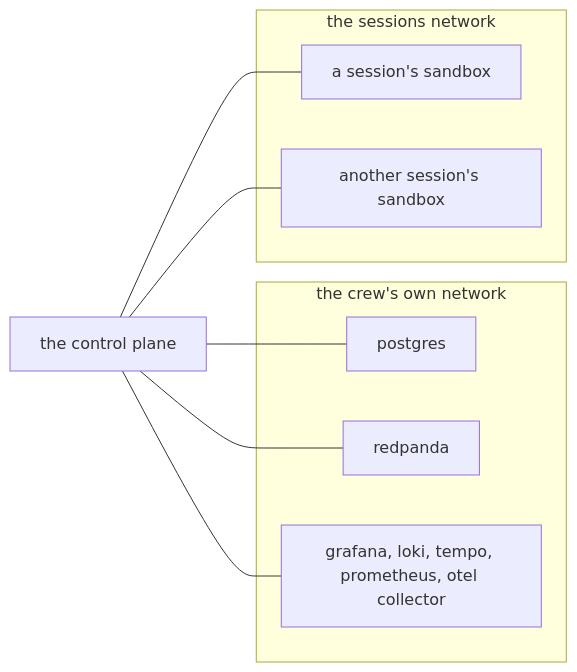
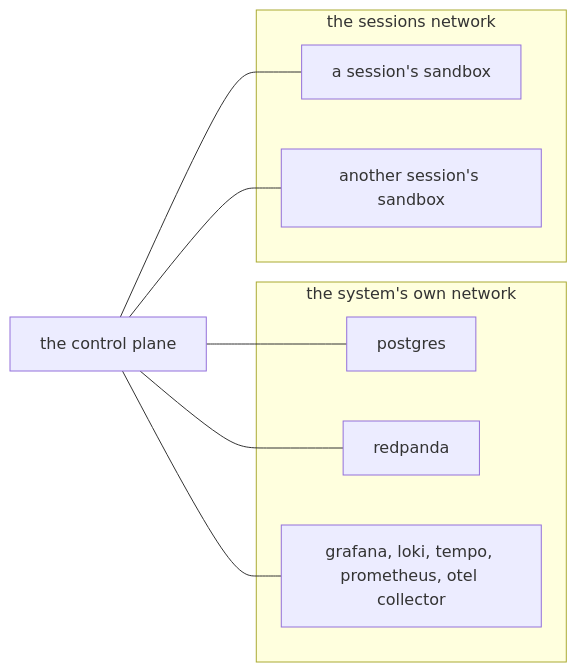
One commit to atlantic-blue/quay-crew changed the third of 3 diagrams in docs/SANDBOX.md. Above: the diagram before and after it, drawn with Mermaid. The commit also changed other lines of this file and 496 other files, not shown here.

````diff
--- a/docs/SANDBOX.md
+++ b/docs/SANDBOX.md
@@ -360,18 +360,18 @@
 ```mermaid
 flowchart LR
-    subgraph CREW["the crew's own network"]
+    subgraph SYSTEM["the system's own network"]
         POSTGRES["postgres"]
         REDPANDA["redpanda"]
         OBS["grafana, loki, tempo, prometheus, otel collector"]
     end
     subgraph SESSIONS["the sessions network"]
         SANDBOX1["a session's sandbox"]
         SANDBOX2["another session's sandbox"]
     end
     CONTROLPLANE["the control plane"]
     CONTROLPLANE --- POSTGRES
     CONTROLPLANE --- REDPANDA
     CONTROLPLANE --- OBS
     CONTROLPLANE --- SANDBOX1
     CONTROLPLANE --- SANDBOX2
 ```
````
